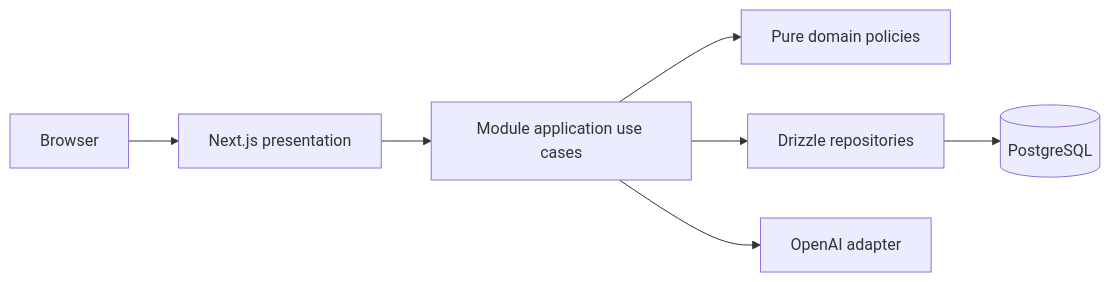
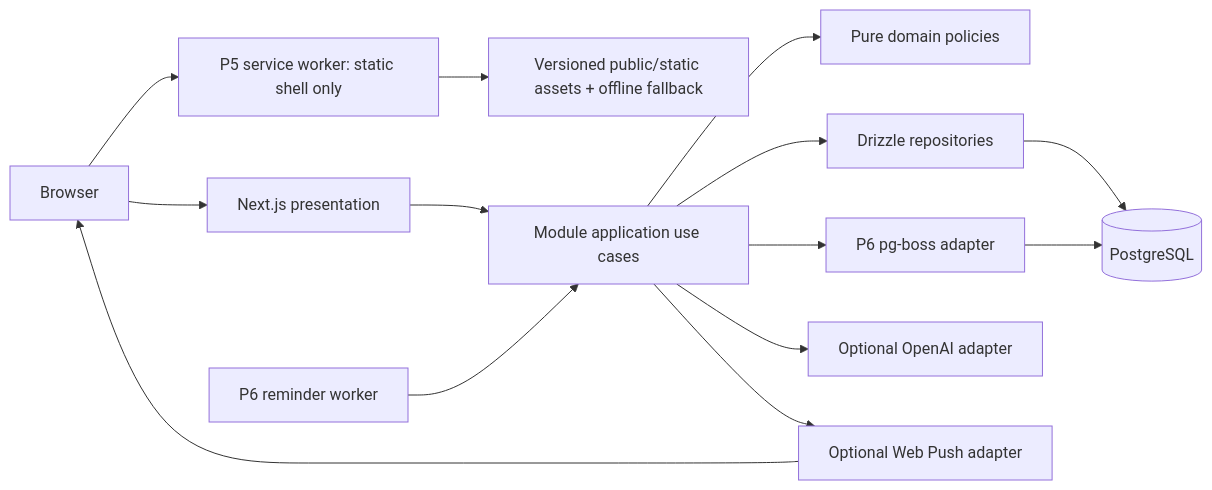
Before and after one commit to felixfirefighter/opentask: the first of 2 diagrams in docs/ARCHITECTURE.md, drawn with Mermaid. The commit also changed other lines of this file and 34 other files, not shown here.

````diff
--- a/docs/ARCHITECTURE.md
+++ b/docs/ARCHITECTURE.md
@@ -5,9 +5,16 @@
 ```mermaid
 flowchart LR
     BROWSER["Browser"] --> PRES["Next.js presentation"]
+    BROWSER --> SW["P5 service worker: static shell only"]
+    SW --> STATIC["Versioned public/static assets + offline fallback"]
     PRES --> APP["Module application use cases"]
+    WORKER["P6 reminder worker"] --> APP
     APP --> DOM["Pure domain policies"]
     APP --> DBI["Drizzle repositories"]
     DBI --> PG[("PostgreSQL")]
-    APP --> OAI["OpenAI adapter"]
+    APP --> JOBS["P6 pg-boss adapter"]
+    JOBS --> PG
+    APP --> OAI["Optional OpenAI adapter"]
+    APP --> PUSH["Optional Web Push adapter"]
+    PUSH --> BROWSER
 ```
````
